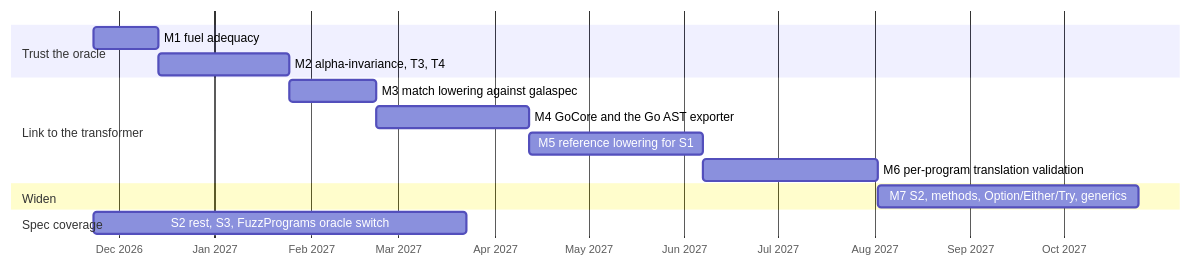
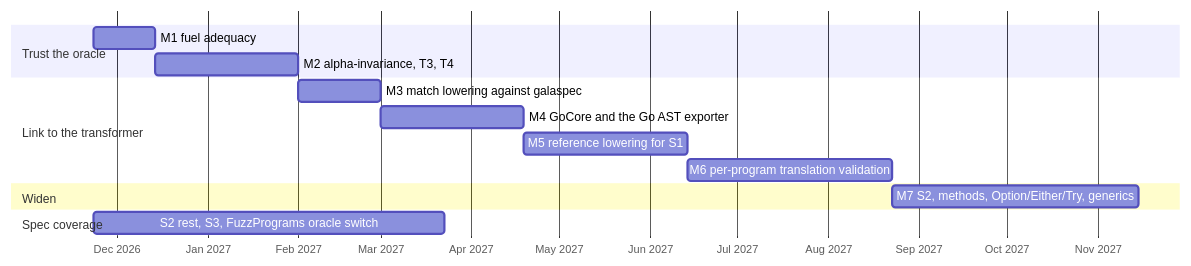
One commit to martianoff/gala changed the sixth of 6 diagrams in docs/FORMAL_SEMANTICS.MD. Above: the diagram before and after it, drawn with Mermaid. The commit also changed other lines of this file and 1 other file, not shown here.

First line of the commit message:
docs: tighten the roadmap's T2 conditions, M6's scope and the wording rules

````diff
--- a/docs/FORMAL_SEMANTICS.MD
+++ b/docs/FORMAL_SEMANTICS.MD
@@ -595,17 +619,17 @@
 ```mermaid
 gantt
     dateFormat  YYYY-MM-DD
     axisFormat  %b %Y
     section Trust the oracle
     M1 fuel adequacy                         :m1, 2026-11-23, 21d
-    M2 alpha-invariance, T3, T4              :m2, after m1, 42d
+    M2 alpha-invariance, T3, T4              :m2, after m1, 49d
     section Link to the transformer
     M3 match lowering against galaspec       :m3, after m2, 28d
     M4 GoCore and the Go AST exporter        :m4, after m3, 49d
     M5 reference lowering for S1             :m5, after m4, 56d
-    M6 per-program translation validation    :m6, after m5, 56d
+    M6 per-program translation validation    :m6, after m5, 70d
     section Widen
     M7 S2, methods, Option/Either/Try, generics :m7, after m6, 84d
     section Spec coverage
     S2 rest, S3, FuzzPrograms oracle switch  :c1, 2026-11-23, 120d
 ```
````
